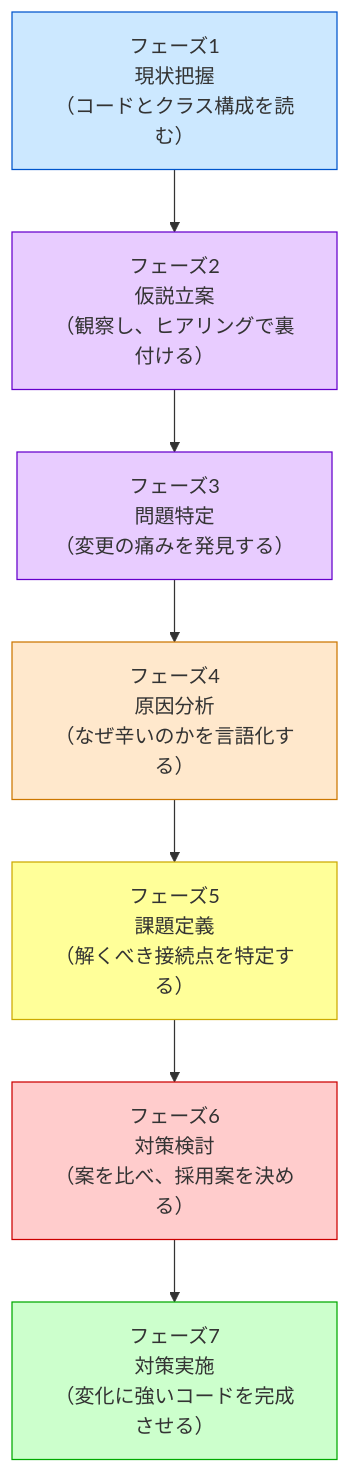
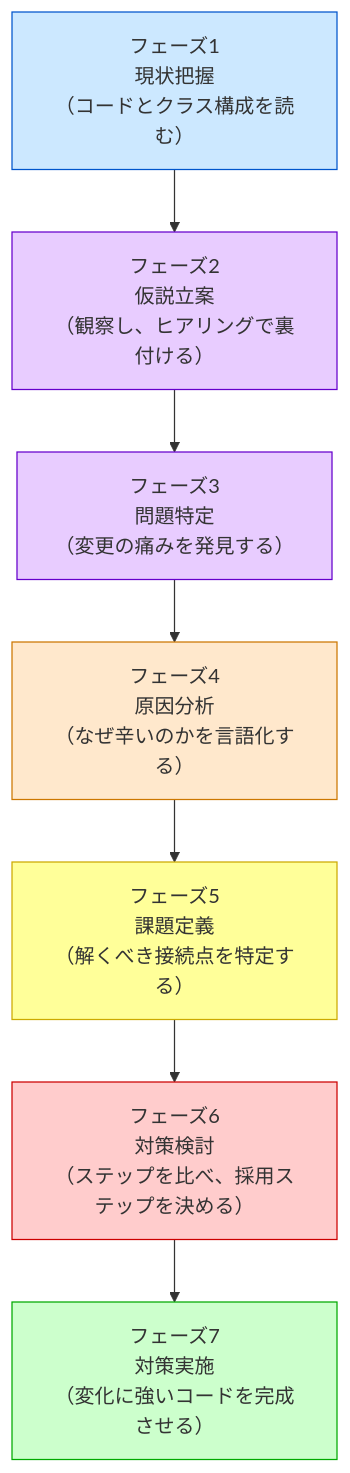
One commit to kumachan1101-pixel/DesignPattern changed the diagram in kindle/design-patterns/output/chapter00_2.md. Above: the diagram before and after it, drawn with Mermaid. The commit also changed other lines of this file and 14 other files, not shown here.

````diff
--- a/kindle/design-patterns/output/chapter00_2.md
+++ b/kindle/design-patterns/output/chapter00_2.md
@@ -31,20 +31,20 @@
 ```mermaid
 graph TD
     F1["フェーズ1<br>現状把握<br>（コードとクラス構成を読む）"]
     F2["フェーズ2<br>仮説立案<br>（観察し、ヒアリングで裏付ける）"]
     F3["フェーズ3<br>問題特定<br>（変更の痛みを発見する）"]
     F4["フェーズ4<br>原因分析<br>（なぜ辛いのかを言語化する）"]
     F5["フェーズ5<br>課題定義<br>（解くべき接続点を特定する）"]
-    F6["フェーズ6<br>対策検討<br>（案を比べ、採用案を決める）"]
+    F6["フェーズ6<br>対策検討<br>（ステップを比べ、採用ステップを決める）"]
     F7["フェーズ7<br>対策実施<br>（変化に強いコードを完成させる）"]
 
     F1 --> F2 --> F3 --> F4 --> F5 --> F6 --> F7
 
     style F1 fill:#cce8ff,stroke:#0055cc
     style F2 fill:#e8ccff,stroke:#6600cc
     style F3 fill:#e8ccff,stroke:#6600cc
     style F4 fill:#ffe8cc,stroke:#cc7700
     style F5 fill:#ffff99,stroke:#ccaa00
     style F6 fill:#ffcccc,stroke:#cc0000
     style F7 fill:#ccffcc,stroke:#00aa00
 ```
````
